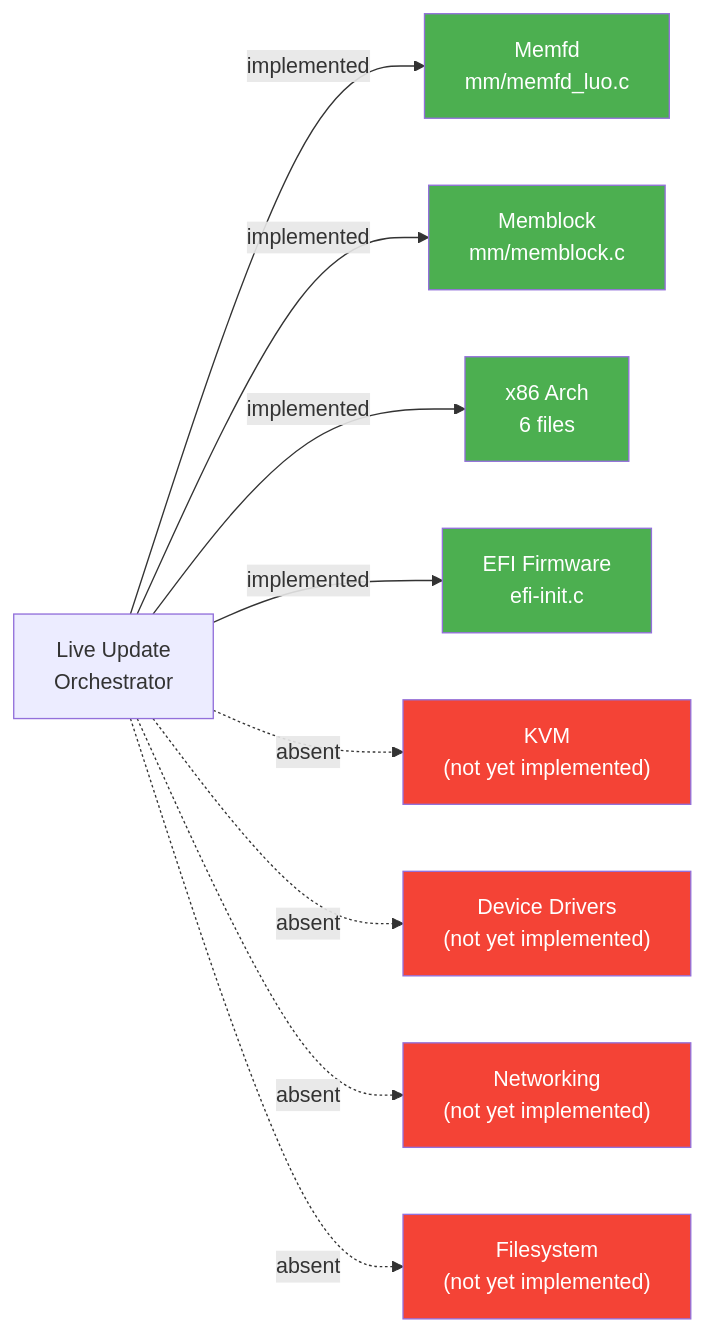
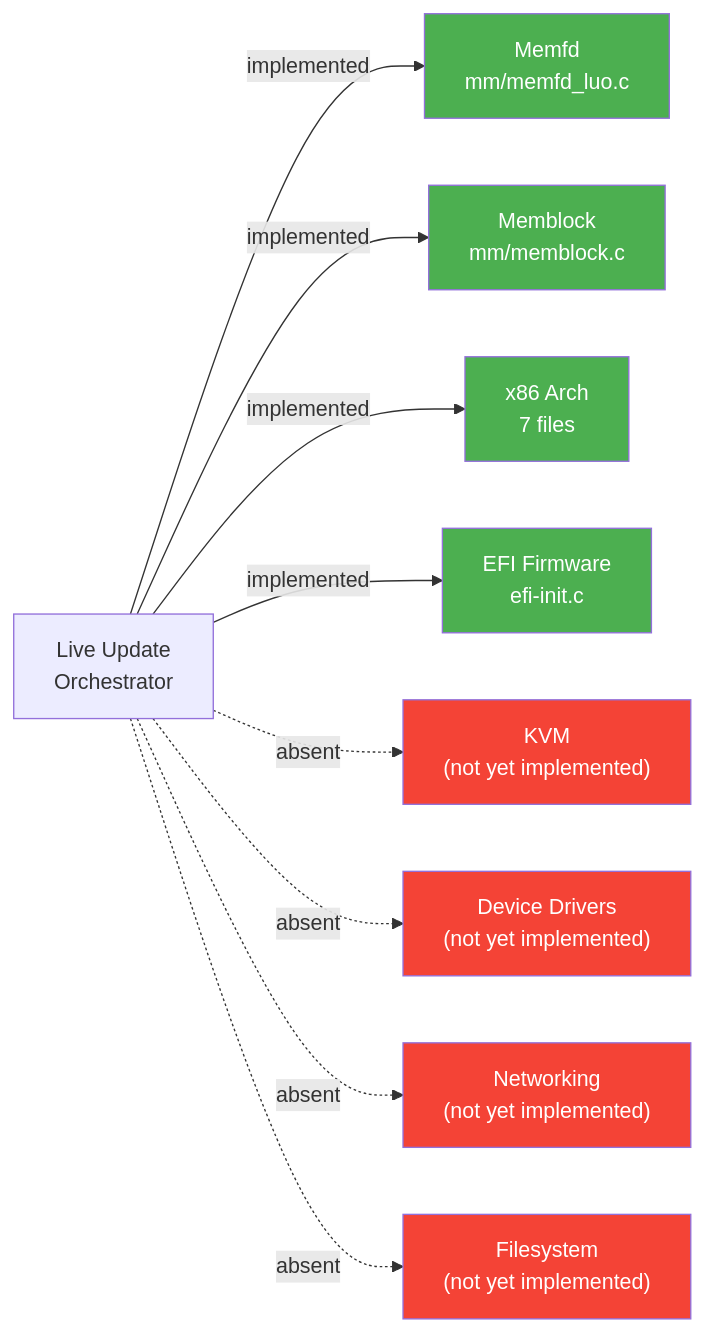
Before and after one commit to Blitzy-Sandbox/blitzy-linux: the fourth of 4 diagrams in Documentation/liveupdate/archaeology.md, drawn with Mermaid. The commit also changed other lines of this file and 1 other file, not shown here.

````diff
--- a/Documentation/liveupdate/archaeology.md
+++ b/Documentation/liveupdate/archaeology.md
@@ -416,20 +416,20 @@
 ```mermaid
 graph LR
     LUO["Live Update<br/>Orchestrator"]
     LUO -->|implemented| Memfd["Memfd<br/>mm/memfd_luo.c"]
     LUO -->|implemented| Memblock["Memblock<br/>mm/memblock.c"]
-    LUO -->|implemented| x86["x86 Arch<br/>6 files"]
+    LUO -->|implemented| x86["x86 Arch<br/>7 files"]
     LUO -->|implemented| EFI["EFI Firmware<br/>efi-init.c"]
     LUO -.->|absent| KVM["KVM<br/>(not yet implemented)"]
     LUO -.->|absent| Drivers["Device Drivers<br/>(not yet implemented)"]
     LUO -.->|absent| Net["Networking<br/>(not yet implemented)"]
     LUO -.->|absent| FS["Filesystem<br/>(not yet implemented)"]
     style Memfd fill:#4CAF50,color:#fff
     style Memblock fill:#4CAF50,color:#fff
     style x86 fill:#4CAF50,color:#fff
     style EFI fill:#4CAF50,color:#fff
     style KVM fill:#F44336,color:#fff
     style Drivers fill:#F44336,color:#fff
     style Net fill:#F44336,color:#fff
     style FS fill:#F44336,color:#fff
 ```
````
